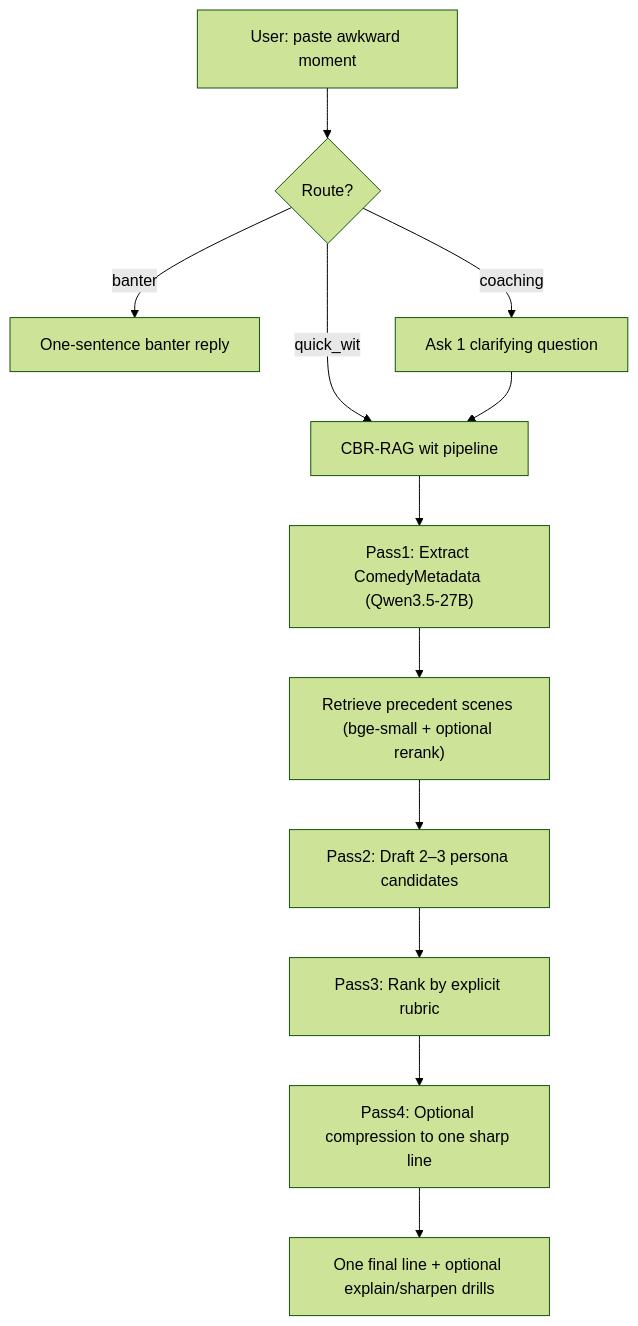
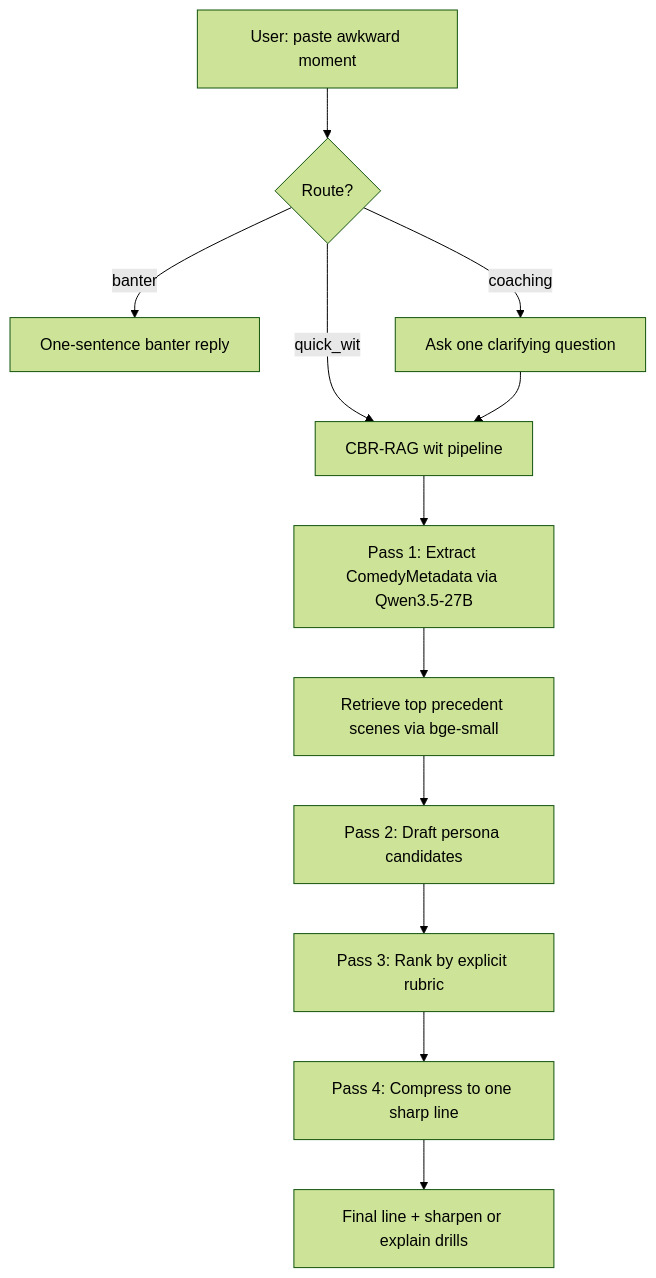
Before and after one commit to akshay-babbar/witgym: the first of 2 diagrams in README.md, drawn with Mermaid (forest theme). The commit also changed other lines of this file, not shown here.

Commit message:
fix: correct mermaid syntax errors and add bare submission URLs

````diff
--- a/README.md
+++ b/README.md
@@ -58,16 +58,16 @@
 ```mermaid
 flowchart TD
   UserInput["User: paste awkward moment"] --> Router{"Route?"}
   Router -->|banter| Banter["One-sentence banter reply"]
-  Router -->|coaching| CoachAsk["Ask 1 clarifying question"]
+  Router -->|coaching| CoachAsk["Ask one clarifying question"]
   Router -->|quick_wit| Pipeline["CBR-RAG wit pipeline"]
 
   CoachAsk --> Pipeline
 
-  Pipeline --> Extract["Pass1: Extract ComedyMetadata (Qwen3.5-27B)"]
-  Extract --> Retrieve["Retrieve precedent scenes (bge-small + optional rerank)"]
-  Retrieve --> Generate["Pass2: Draft 2–3 persona candidates"]
-  Generate --> Rank["Pass3: Rank by explicit rubric"]
-  Rank --> Compress["Pass4: Optional compression to one sharp line"]
-  Compress --> Output["One final line + optional explain/sharpen drills"]
+  Pipeline --> Extract["Pass 1: Extract ComedyMetadata via Qwen3.5-27B"]
+  Extract --> Retrieve["Retrieve top precedent scenes via bge-small"]
+  Retrieve --> Generate["Pass 2: Draft persona candidates"]
+  Generate --> Rank["Pass 3: Rank by explicit rubric"]
+  Rank --> Compress["Pass 4: Compress to one sharp line"]
+  Compress --> Output["Final line + sharpen or explain drills"]
 ```
````
